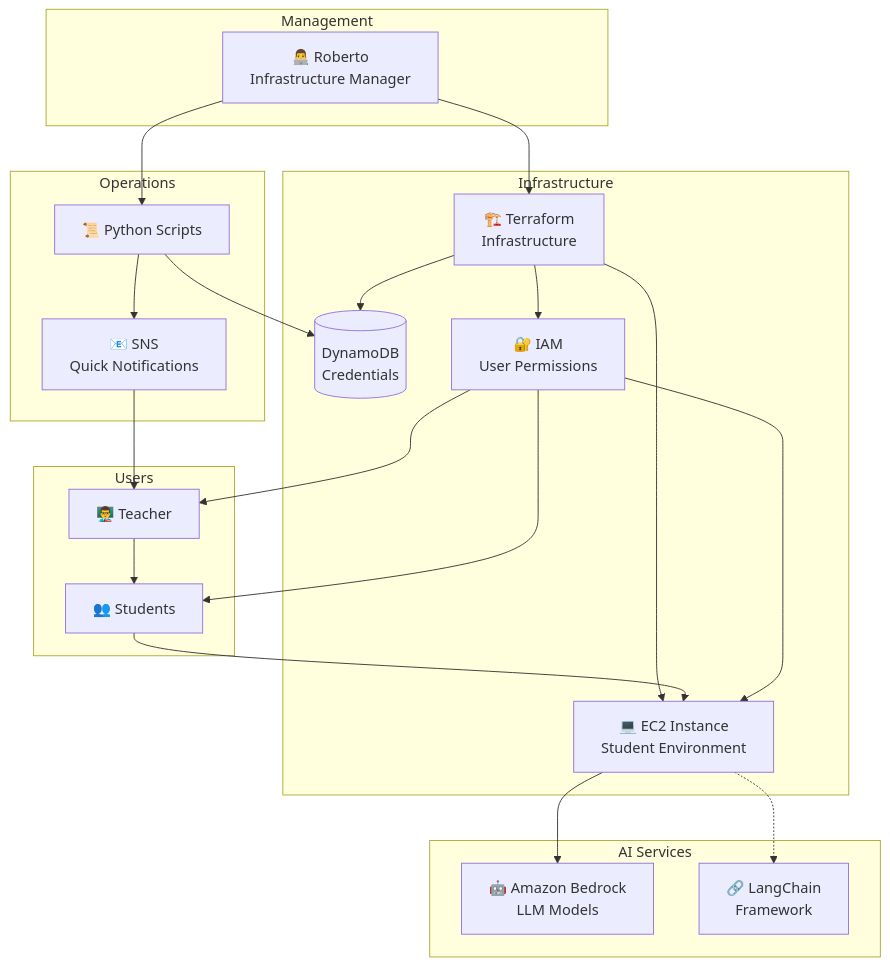
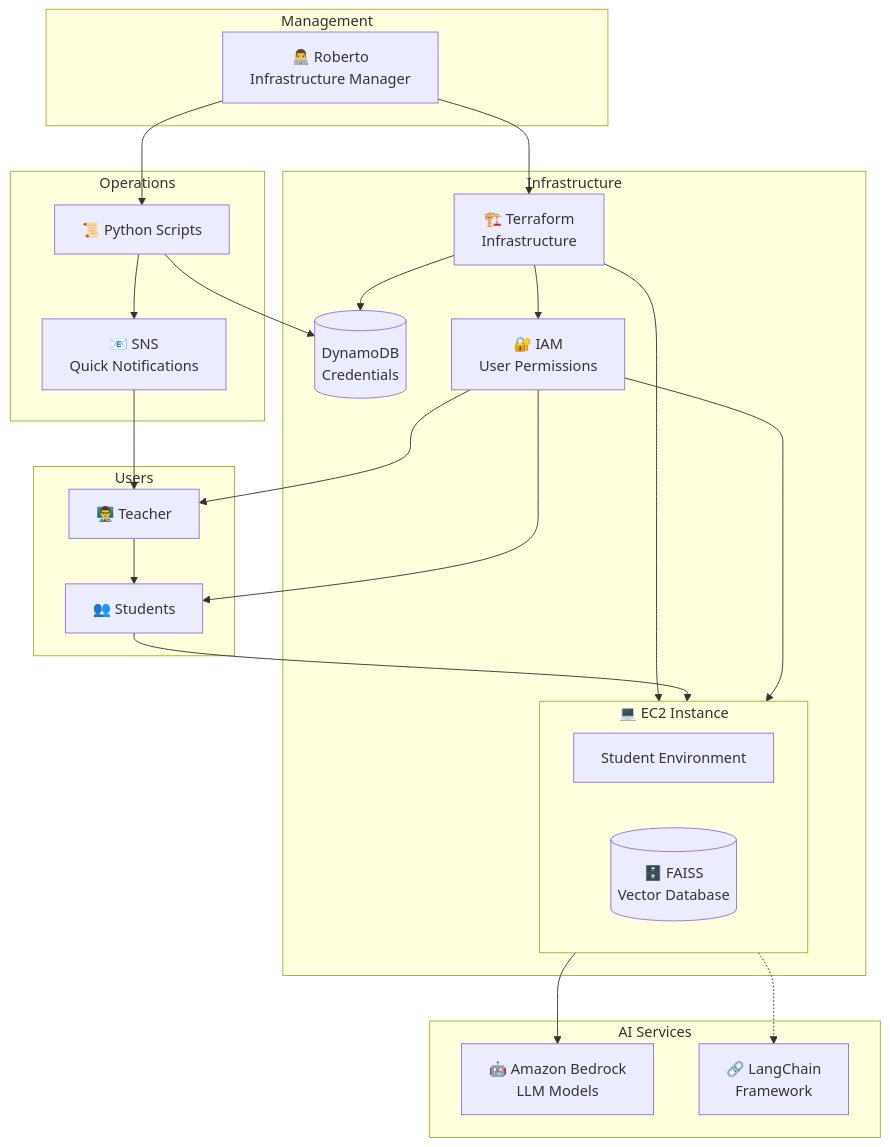
One commit to s33ding/iesb-infra-chatbot changed the diagram in README.md. Above: the diagram before and after it, drawn with Mermaid.

Commit message:
Add FAISS vector database to EC2 instance in architecture diagram

````diff
--- a/README.md
+++ b/README.md
@@ -26,50 +26,53 @@
 ```mermaid
 graph TB
     subgraph "Management"
         Roberto[👨‍💻 Roberto<br/>Infrastructure Manager]
     end
     
     subgraph "Infrastructure"
         TF[🏗️ Terraform<br/>Infrastructure]
-        EC2[💻 EC2 Instance<br/>Student Environment]
+        subgraph EC2[💻 EC2 Instance]
+            ENV[Student Environment]
+            FAISS[(🗄️ FAISS<br/>Vector Database)]
+        end
         DDB[(DynamoDB<br/>Credentials)]
         IAM[🔐 IAM<br/>User Permissions]
     end
     
     subgraph "Operations"
         Script[📜 Python Scripts]
         SNS[📧 SNS<br/>Quick Notifications]
     end
     
     subgraph "Users"
         Teacher[👨‍🏫 Teacher]
         Students[👥 Students]
     end
     
     subgraph "AI Services"
         Bedrock[🤖 Amazon Bedrock<br/>LLM Models]
         LangChain[🔗 LangChain<br/>Framework]
     end
     
     Roberto --> TF
     Roberto --> Script
     
     TF --> EC2
     TF --> DDB
     TF --> IAM
     
     Script --> DDB
     Script --> SNS
     
     SNS --> Teacher
     Teacher --> Students
     
     Students --> EC2
     
     EC2 --> Bedrock
     EC2 -.-> LangChain
     
     IAM --> Teacher
     IAM --> Students
     IAM --> EC2
 ```
````
